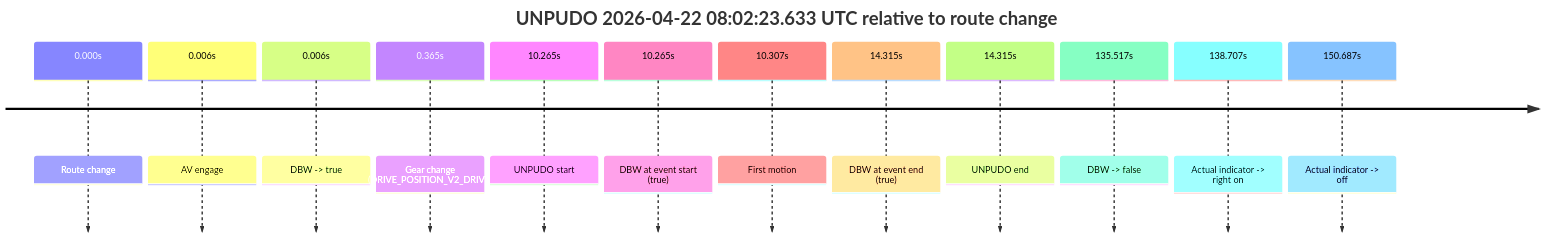
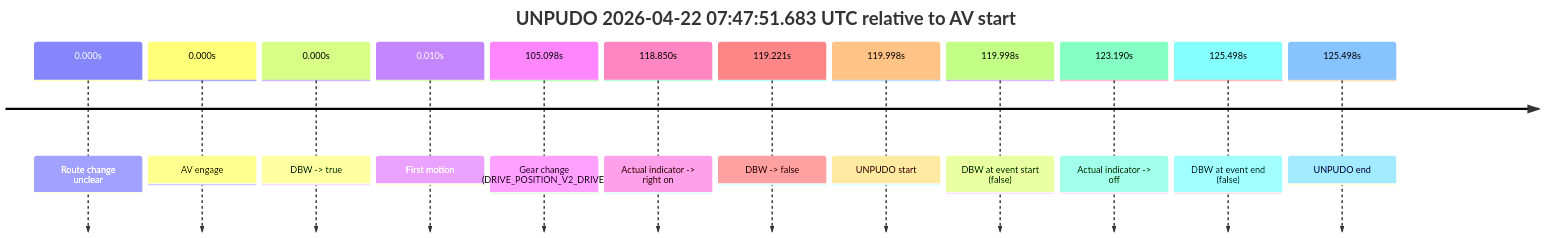
The seventh of 9 diagrams in model_analysis/report_cards/2026/04/Week-4/fme20036--2026-04-22--06-33-19--gen2-av-a5ab6b59-04e9-48b8-ab1d-b3db64f8f137.md (yoelshapiro/vault), drawn with Mermaid before and after one commit. The commit also changed other lines of this file and 17 other files, not shown here.

````diff
--- a/model_analysis/report_cards/2026/04/Week-4/fme20036--2026-04-22--06-33-19--gen2-av-a5ab6b59-04e9-48b8-ab1d-b3db64f8f137.md
+++ b/model_analysis/report_cards/2026/04/Week-4/fme20036--2026-04-22--06-33-19--gen2-av-a5ab6b59-04e9-48b8-ab1d-b3db64f8f137.md
@@ -674,16 +597,16 @@
 ```mermaid
 timeline
-    title UNPUDO 2026-04-22 08:02:23.633 UTC relative to route change
-    0.000s : Route change
-    0.006s : AV engage
-    0.006s : DBW -> true
-    0.365s : Gear change (DRIVE_POSITION_V2_DRIVE)
-    10.265s : UNPUDO start
-    10.265s : DBW at event start (true)
-    10.307s : First motion
-    14.315s : DBW at event end (true)
-    14.315s : UNPUDO end
-    135.517s : DBW -> false
-    138.707s : Actual indicator -> right on
-    150.687s : Actual indicator -> off
+    title UNPUDO 2026-04-22 07:47:51.683 UTC relative to AV start
+    0.000s : Route change unclear
+    0.000s : AV engage
+    0.000s : DBW -> true
+    0.010s : First motion
+    105.098s : Gear change (DRIVE_POSITION_V2_DRIVE)
+    118.850s : Actual indicator -> right on
+    119.221s : DBW -> false
+    119.998s : UNPUDO start
+    119.998s : DBW at event start (false)
+    123.190s : Actual indicator -> off
+    125.498s : DBW at event end (false)
+    125.498s : UNPUDO end
 ```
````
